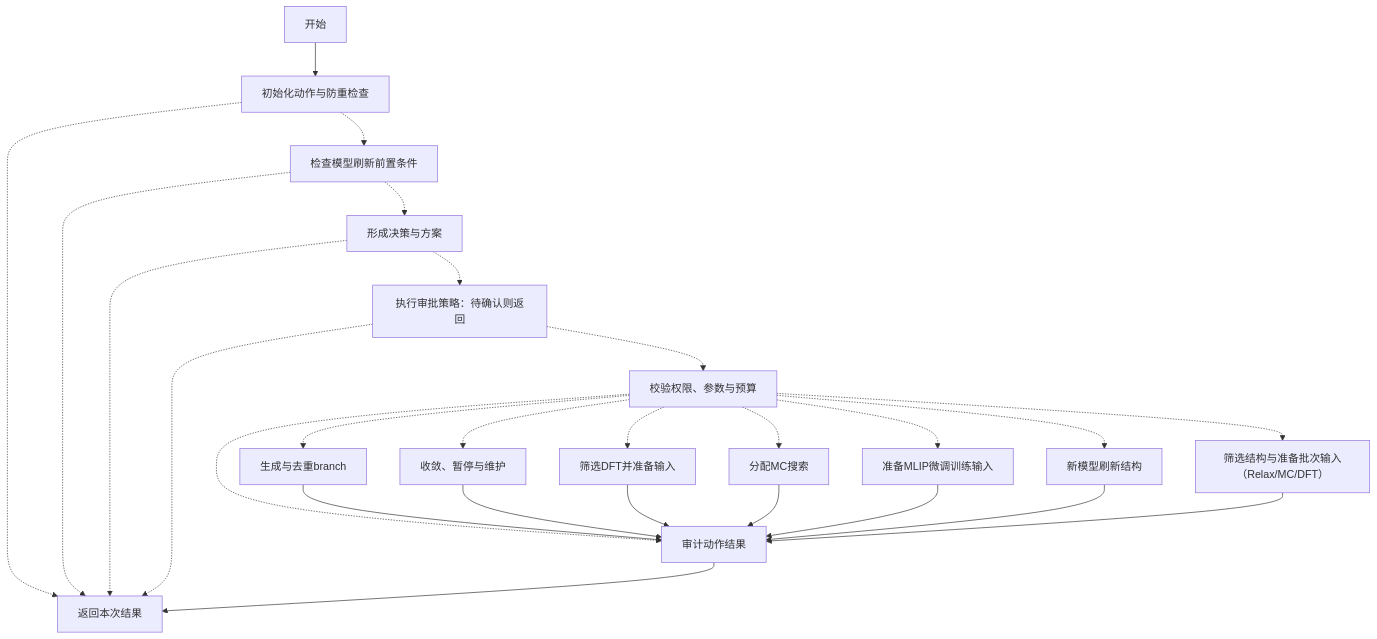
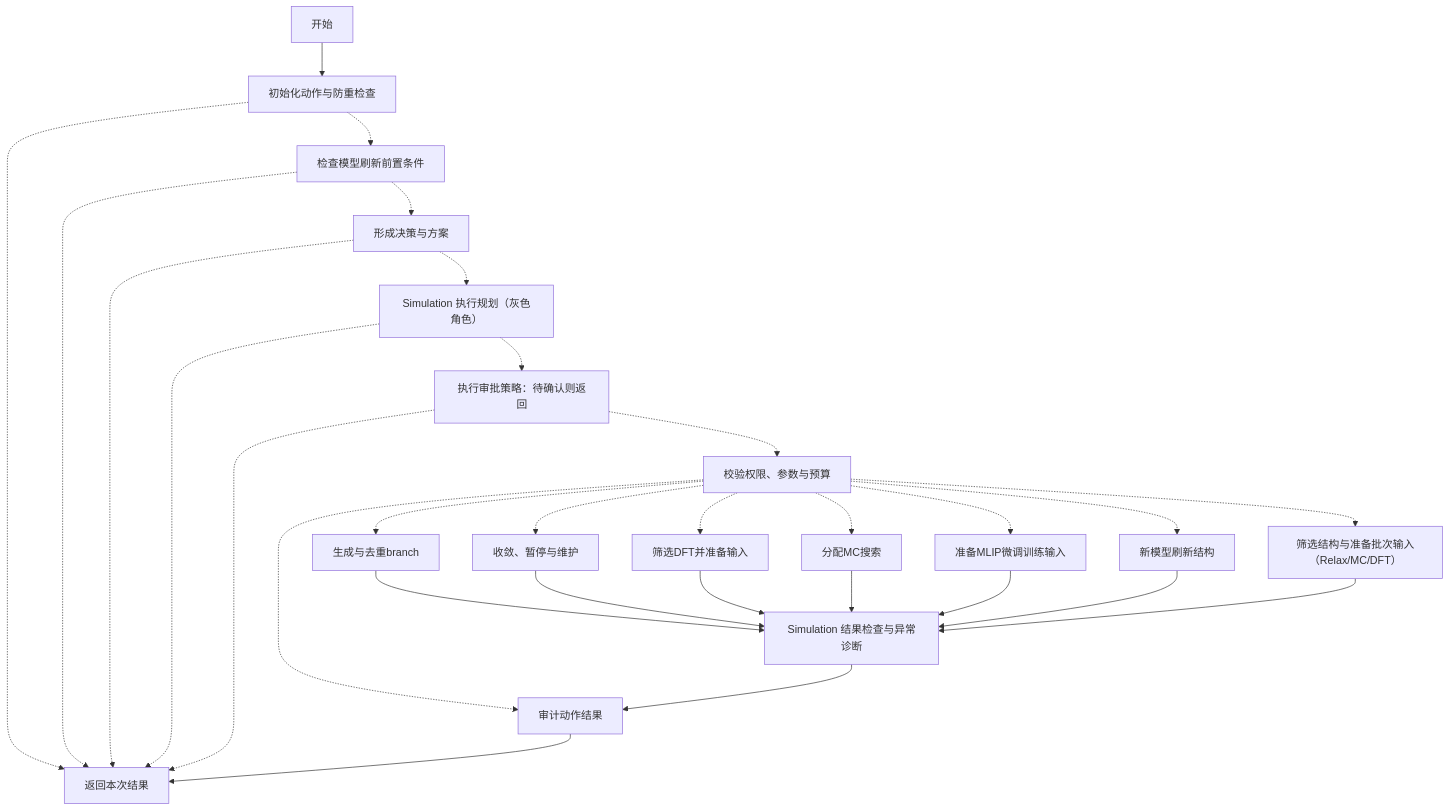
One commit to Esseco/PhaseDiagramAgent changed the seventh of 7 diagrams in docs/architecture/flow.md. Above: the diagram before and after it, drawn with Mermaid. The commit also changed other lines of this file and 824 other files, not shown here.

````diff
--- a/docs/architecture/flow.md
+++ b/docs/architecture/flow.md
@@ -148,43 +178,48 @@
 ```mermaid
 flowchart TD
   n0["开始"]
   n1["初始化动作与防重检查"]
   n2["检查模型刷新前置条件"]
   n3["形成决策与方案"]
-  n4["执行审批策略：待确认则返回"]
-  n5["校验权限、参数与预算"]
-  n6["审计动作结果"]
-  n7["生成与去重branch"]
-  n8["筛选结构与准备批次输入（Relax/MC/DFT）"]
-  n9["收敛、暂停与维护"]
-  n10["分配MC搜索"]
-  n11["筛选DFT并准备输入"]
-  n12["准备MLIP微调训练输入"]
-  n13["新模型刷新结构"]
-  n14["返回本次结果"]
+  n4["Simulation 执行规划（灰色角色）"]
+  n5["Simulation 结果检查与异常诊断"]
+  n6["执行审批策略：待确认则返回"]
+  n7["校验权限、参数与预算"]
+  n8["审计动作结果"]
+  n9["生成与去重branch"]
+  n10["筛选结构与准备批次输入（Relax/MC/DFT）"]
+  n11["收敛、暂停与维护"]
+  n12["分配MC搜索"]
+  n13["筛选DFT并准备输入"]
+  n14["准备MLIP微调训练输入"]
+  n15["新模型刷新结构"]
+  n16["返回本次结果"]
   n0 --> n1
-  n4 -.-> n14
-  n4 -.-> n5
-  n7 --> n6
-  n9 --> n6
-  n11 --> n6
-  n1 -.-> n14
+  n6 -.-> n16
+  n6 -.-> n7
+  n9 --> n5
+  n11 --> n5
+  n13 --> n5
+  n1 -.-> n16
   n1 -.-> n2
-  n10 --> n6
-  n12 --> n6
-  n13 --> n6
-  n2 -.-> n14
+  n12 --> n5
+  n14 --> n5
+  n15 --> n5
+  n2 -.-> n16
   n2 -.-> n3
-  n3 -.-> n14
+  n3 -.-> n16
   n3 -.-> n4
-  n8 --> n6
-  n5 -.-> n6
-  n5 -.-> n7
-  n5 -.-> n9
-  n5 -.-> n11
-  n5 -.-> n10
-  n5 -.-> n12
-  n5 -.-> n13
-  n5 -.-> n8
-  n6 --> n14
+  n5 --> n8
+  n4 -.-> n16
+  n4 -.-> n6
+  n10 --> n5
+  n7 -.-> n8
+  n7 -.-> n9
+  n7 -.-> n11
+  n7 -.-> n13
+  n7 -.-> n12
+  n7 -.-> n14
+  n7 -.-> n15
+  n7 -.-> n10
+  n8 --> n16
 ```
````
